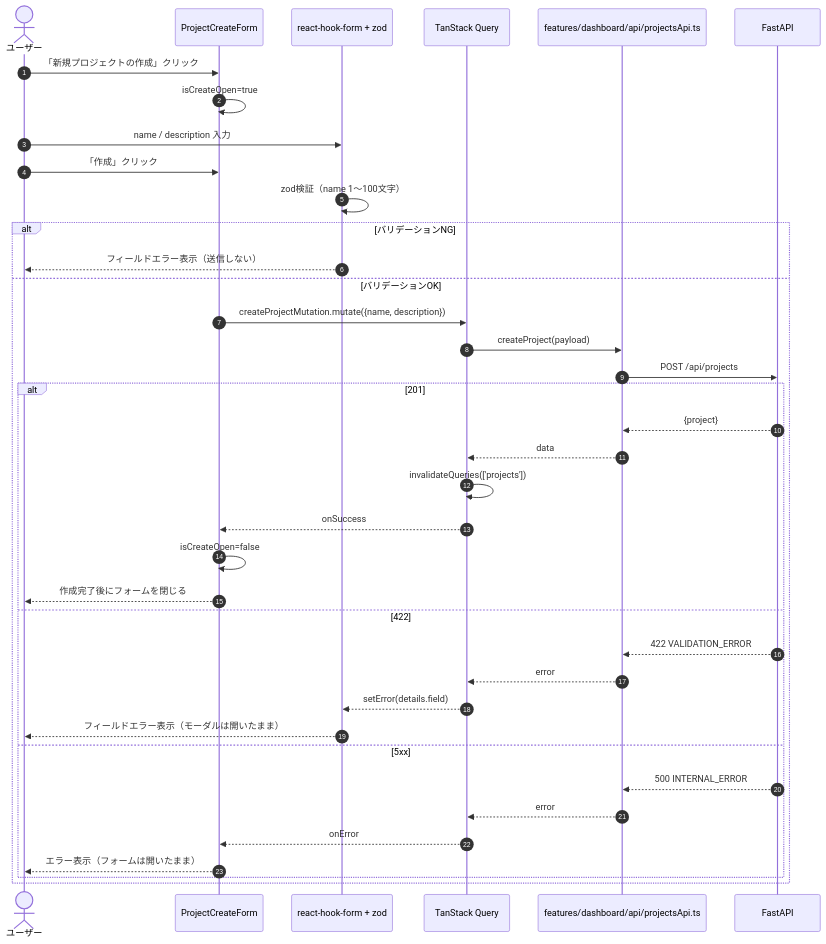
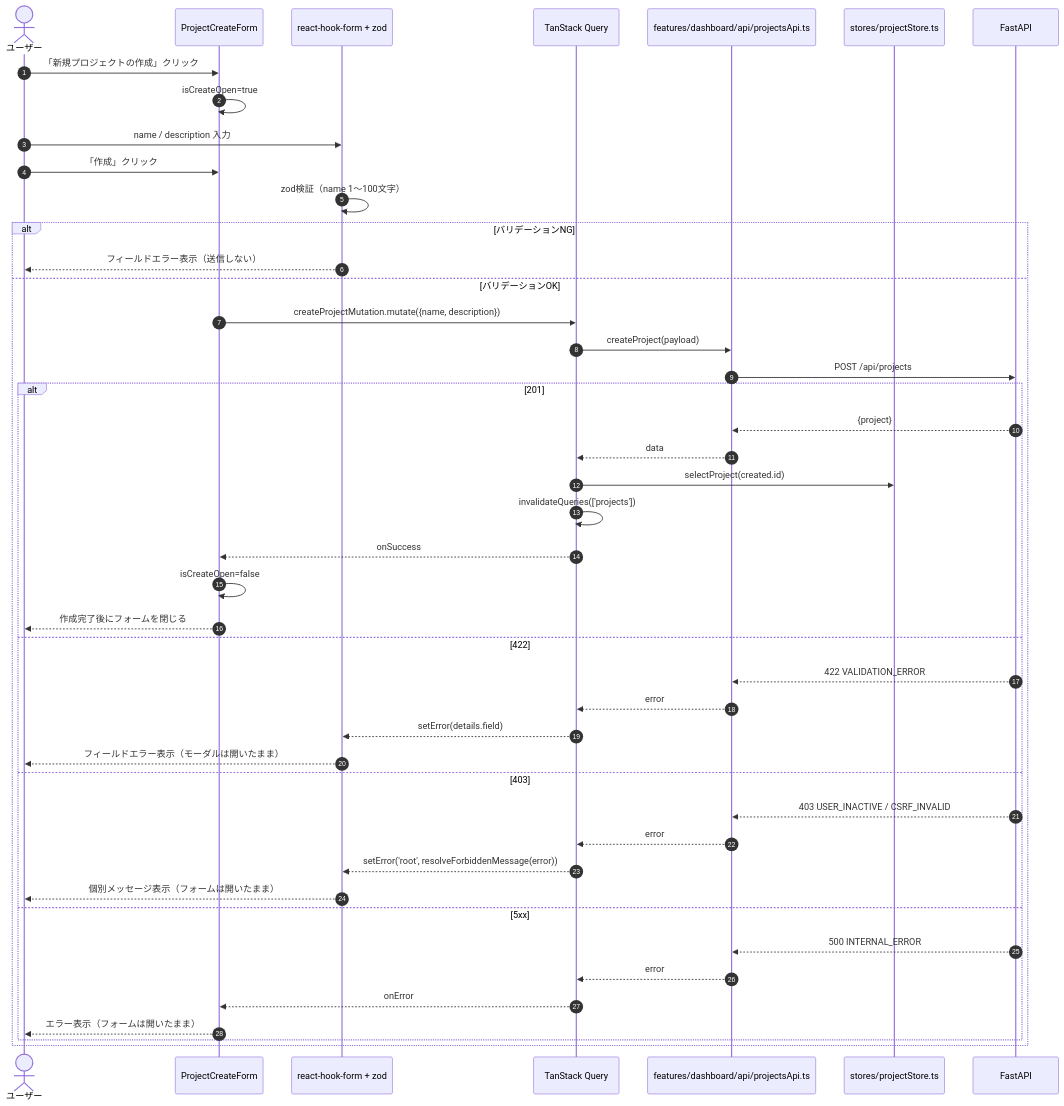
The third of 5 diagrams in docs/detailed_design/screen/06_dashboard.md (oikawa-d/task_management), drawn with Mermaid before and after one commit. The commit also changed other lines of this file and 20 other files, not shown here.

````diff
--- a/docs/detailed_design/screen/06_dashboard.md
+++ b/docs/detailed_design/screen/06_dashboard.md
@@ -168,41 +171,48 @@
 ```mermaid
 sequenceDiagram
     autonumber
     actor U as ユーザー
     participant PCF as ProjectCreateForm
     participant RHF as react-hook-form + zod
     participant Q as TanStack Query
     participant EP as features/dashboard/api/projectsApi.ts
+    participant PS as stores/projectStore.ts
     participant API as FastAPI
 
     U->>PCF: 「新規プロジェクトの作成」クリック
     PCF->>PCF: isCreateOpen=true
     U->>RHF: name / description 入力
     U->>PCF: 「作成」クリック
     RHF->>RHF: zod検証（name 1〜100文字）
     alt バリデーションNG
         RHF-->>U: フィールドエラー表示（送信しない）
     else バリデーションOK
         PCF->>Q: createProjectMutation.mutate({name, description})
         Q->>EP: createProject(payload)
         EP->>API: POST /api/projects
         alt 201
             API-->>EP: {project}
             EP-->>Q: data
+            Q->>PS: selectProject(created.id)
             Q->>Q: invalidateQueries(['projects'])
             Q-->>PCF: onSuccess
             PCF->>PCF: isCreateOpen=false
             PCF-->>U: 作成完了後にフォームを閉じる
         else 422
             API-->>EP: 422 VALIDATION_ERROR
             EP-->>Q: error
             Q-->>RHF: setError(details.field)
             RHF-->>U: フィールドエラー表示（モーダルは開いたまま）
+        else 403
+            API-->>EP: 403 USER_INACTIVE / CSRF_INVALID
+            EP-->>Q: error
+            Q-->>RHF: setError('root', resolveForbiddenMessage(error))
+            RHF-->>U: 個別メッセージ表示（フォームは開いたまま）
         else 5xx
             API-->>EP: 500 INTERNAL_ERROR
             EP-->>Q: error
             Q-->>PCF: onError
             PCF-->>U: エラー表示（フォームは開いたまま）
         end
     end
 ```
````
